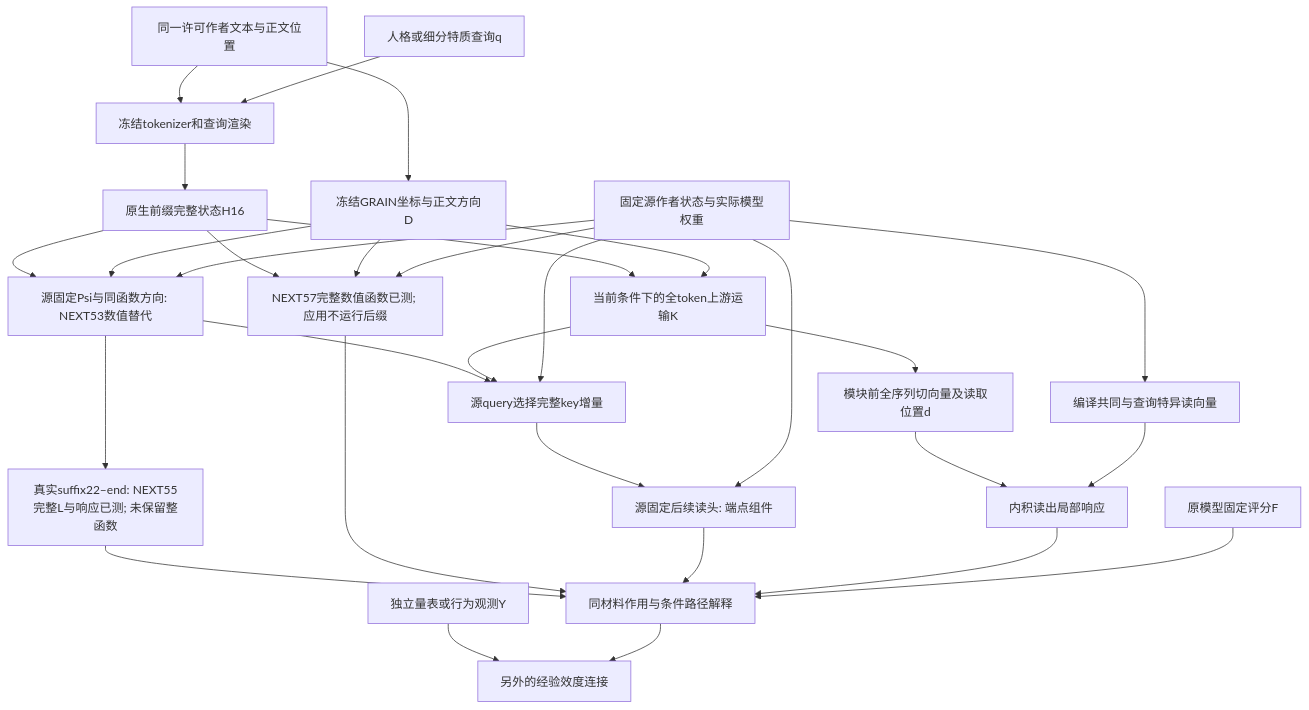
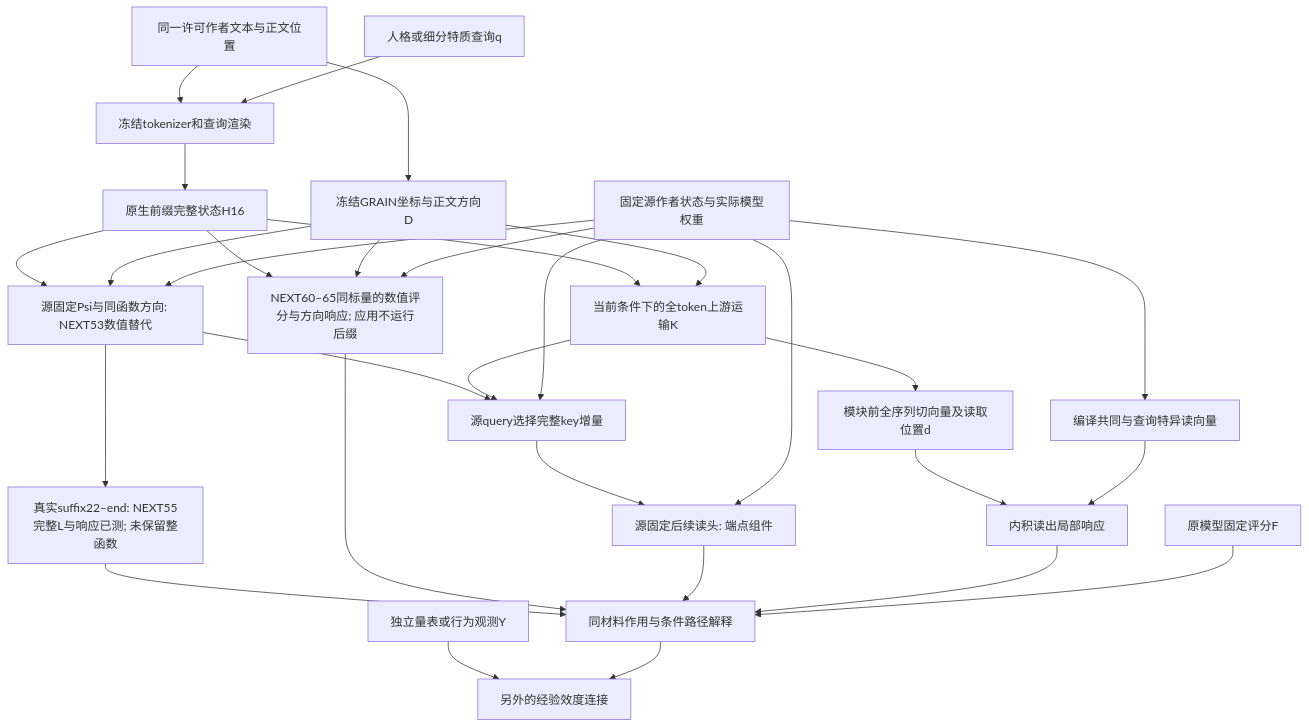
One commit to reiserhhh/GRAIN changed the diagram in docs/GRAIN_UPSTREAM_MECHANISM_INTEGRATION_V1.md. Above: the diagram before and after it, drawn with Mermaid. The commit also changed other lines of this file and 22 other files, not shown here.

````diff
--- a/docs/GRAIN_UPSTREAM_MECHANISM_INTEGRATION_V1.md
+++ b/docs/GRAIN_UPSTREAM_MECHANISM_INTEGRATION_V1.md
@@ -8,32 +8,32 @@
 ```mermaid
 flowchart TD
   T[同一许可作者文本与正文位置] --> G[冻结GRAIN坐标与正文方向D]
   T --> R[冻结tokenizer和查询渲染]
   Q[人格或细分特质查询q] --> R
   R --> H[原生前缀完整状态H16]
   H --> K[当前条件下的全token上游运输K]
   H --> P[源固定Psi与同函数方向: NEXT53数值替代]
   G --> P
   S --> P
   P --> U
   P --> W[真实suffix22–end: NEXT55完整L与响应已测; 未保留整函数]
   W --> J
-  H --> Z[NEXT57完整数值函数已测; 应用不运行后缀]
+  H --> Z[NEXT60–65同标量的数值评分与方向响应; 应用不运行后缀]
   G --> Z
   S --> Z
   Z --> J
   G --> K
   K --> D[模块前全序列切向量及读取位置d]
   S[固定源作者状态与实际模型权重] --> V[编译共同与查询特异读向量]
   D --> A[内积读出局部响应]
   V --> A
   K --> U[源query选择完整key增量]
   S --> U
   U --> C[源固定后续读头: 端点组件]
   S --> C
   C --> J
   A --> J[同材料作用与条件路径解释]
   F[原模型固定评分F] --> J
   Y[独立量表或行为观测Y] --> E[另外的经验效度连接]
   J --> E
 ```
````
